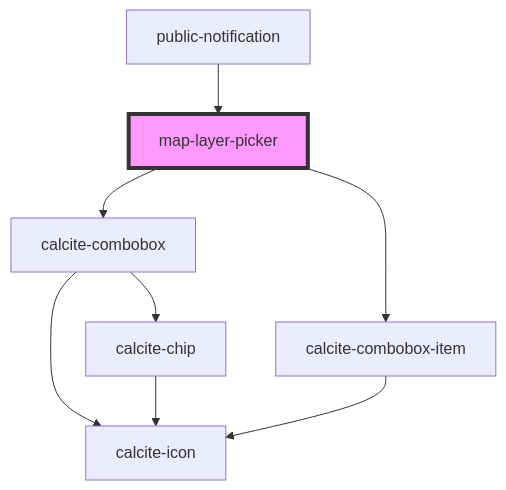
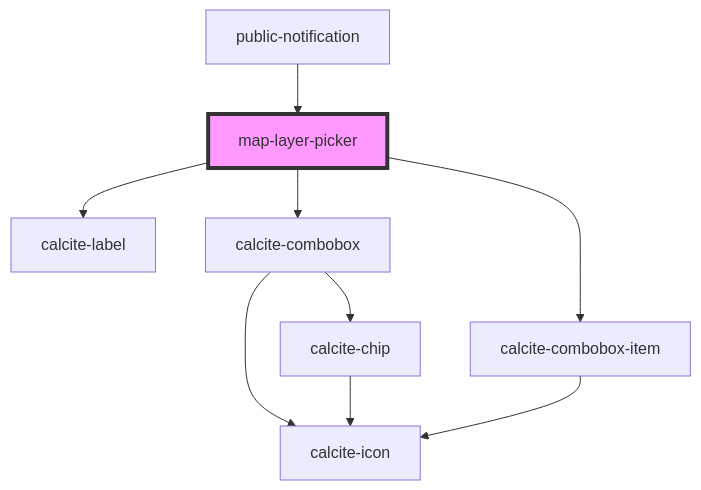
One commit to Esri/solutions-components changed the diagram in src/components/map-layer-picker/readme.md. Above: the diagram before and after it, drawn with Mermaid. The commit also changed other lines of this file and 13 other files, not shown here.

````diff
--- a/src/components/map-layer-picker/readme.md
+++ b/src/components/map-layer-picker/readme.md
@@ -20,11 +30,12 @@
 ```mermaid
 graph TD;
+  map-layer-picker --> calcite-label
   map-layer-picker --> calcite-combobox
   map-layer-picker --> calcite-combobox-item
   calcite-combobox --> calcite-chip
   calcite-combobox --> calcite-icon
   calcite-chip --> calcite-icon
   calcite-combobox-item --> calcite-icon
   public-notification --> map-layer-picker
   style map-layer-picker fill:#f9f,stroke:#333,stroke-width:4px
 ```
````
